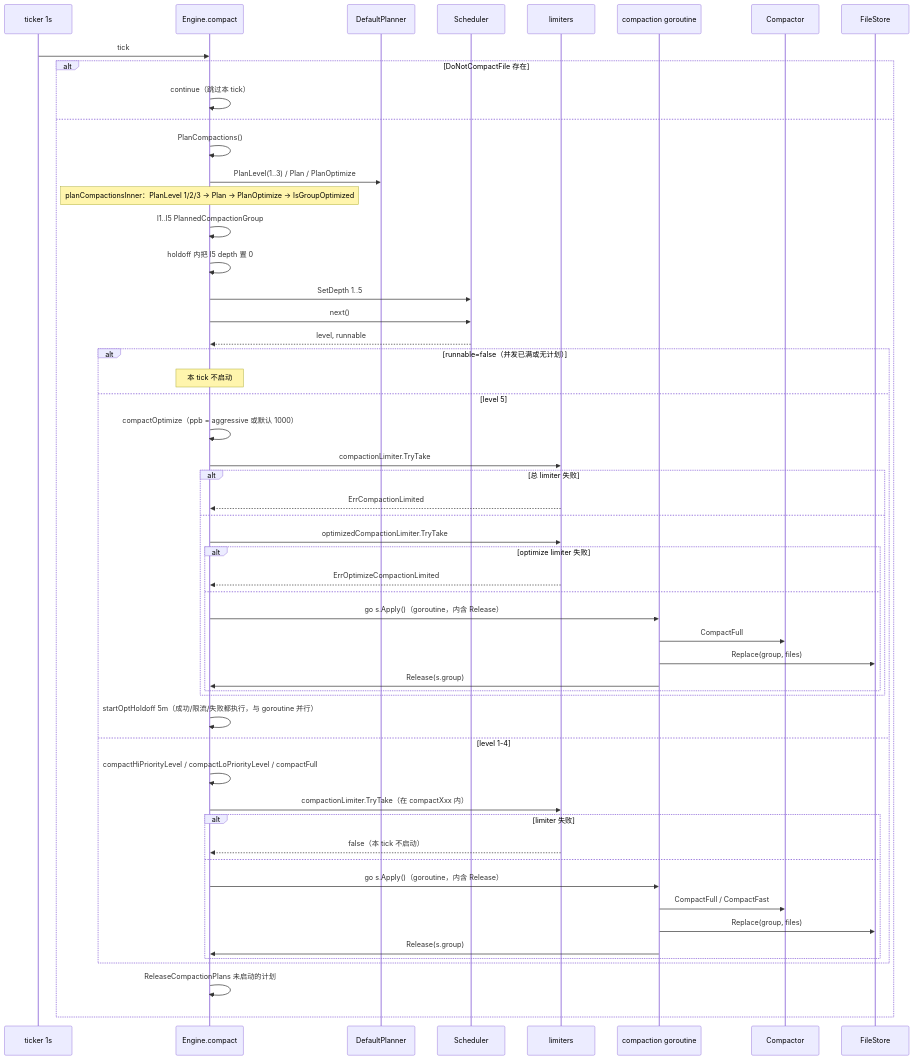
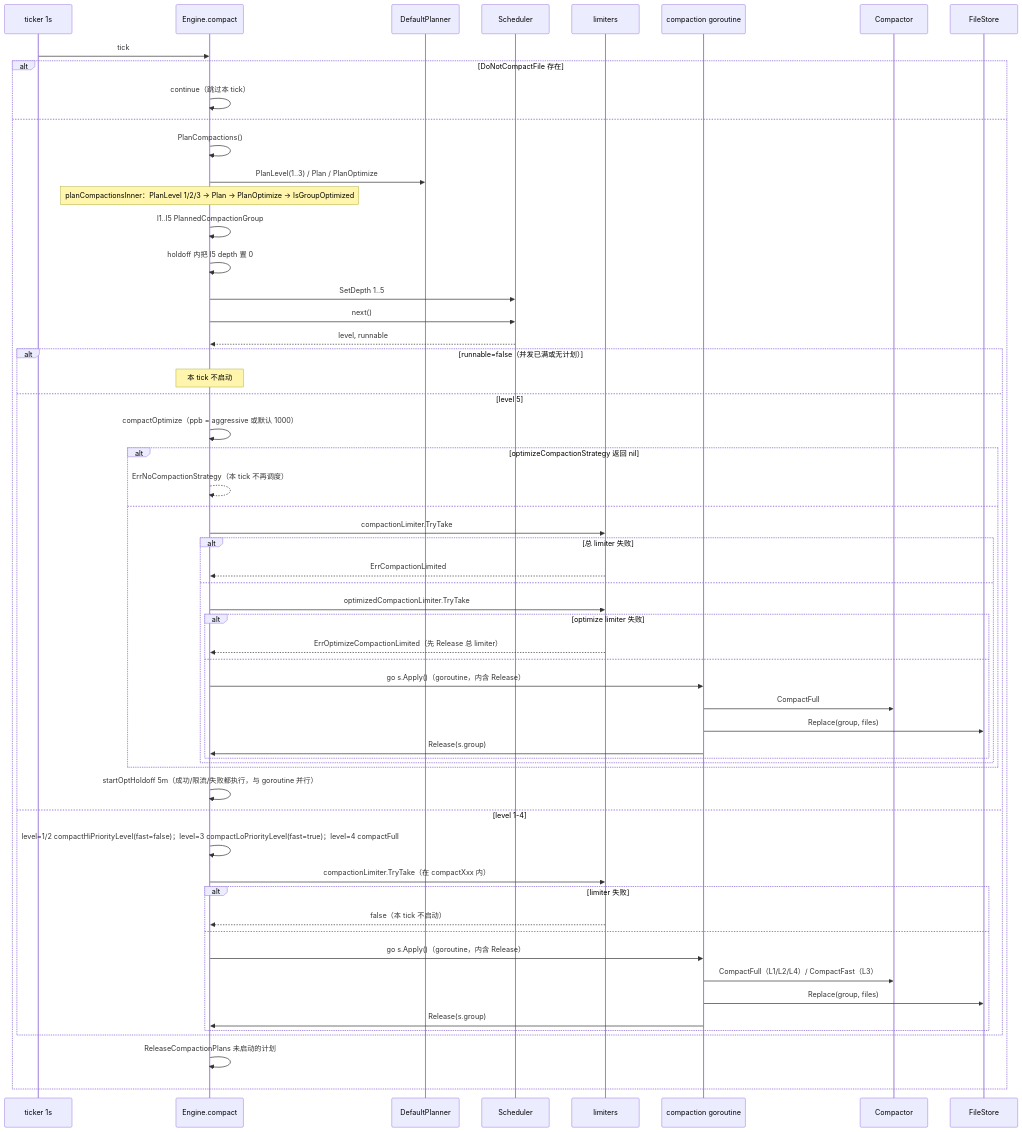
The second of 6 diagrams in docs/specs/v1.8.10-vs-v1.12.3/04_storage_compaction_diff.md (stefanv5/influxdb), drawn with Mermaid before and after one commit. The commit also changed other lines of this file and 11 other files, not shown here.

First line of the commit message:
docs: complete D1-D6 diagram/module/case audit

````diff
--- a/docs/specs/v1.8.10-vs-v1.12.3/04_storage_compaction_diff.md
+++ b/docs/specs/v1.8.10-vs-v1.12.3/04_storage_compaction_diff.md
@@ -95,57 +109,61 @@
 ```mermaid
 sequenceDiagram
     participant T as ticker 1s
     participant E as Engine.compact
     participant P as DefaultPlanner
     participant S as Scheduler
     participant L as limiters
     participant G as compaction goroutine
     participant C as Compactor
     participant FS as FileStore
 
     T->>E: tick
     alt DoNotCompactFile 存在
         E->>E: continue（跳过本 tick）
     else
         E->>E: PlanCompactions()
         E->>P: PlanLevel(1..3) / Plan / PlanOptimize
         Note over E: planCompactionsInner：PlanLevel 1/2/3 → Plan → PlanOptimize → IsGroupOptimized
         E->>E: l1..l5 PlannedCompactionGroup
         E->>E: holdoff 内把 l5 depth 置 0
         E->>S: SetDepth 1..5
         E->>S: next()
         S-->>E: level, runnable
         alt runnable=false（并发已满或无计划）
             Note over E: 本 tick 不启动
         else level 5
             E->>E: compactOptimize（ppb = aggressive 或默认 1000）
-            E->>L: compactionLimiter.TryTake
-            alt 总 limiter 失败
-                L-->>E: ErrCompactionLimited
+            alt optimizeCompactionStrategy 返回 nil
+                E-->>E: ErrNoCompactionStrategy（本 tick 不再调度）
             else
-                E->>L: optimizedCompactionLimiter.TryTake
-                alt optimize limiter 失败
-                    L-->>E: ErrOptimizeCompactionLimited
+                E->>L: compactionLimiter.TryTake
+                alt 总 limiter 失败
+                    L-->>E: ErrCompactionLimited
                 else
-                    E->>G: go s.Apply()（goroutine，内含 Release）
-                    G->>C: CompactFull
-                    G->>FS: Replace(group, files)
-                    G->>E: Release(s.group)
+                    E->>L: optimizedCompactionLimiter.TryTake
+                    alt optimize limiter 失败
+                        L-->>E: ErrOptimizeCompactionLimited（先 Release 总 limiter）
+                    else
+                        E->>G: go s.Apply()（goroutine，内含 Release）
+                        G->>C: CompactFull
+                        G->>FS: Replace(group, files)
+                        G->>E: Release(s.group)
+                    end
                 end
             end
             E->>E: startOptHoldoff 5m（成功/限流/失败都执行，与 goroutine 并行）
         else level 1-4
-            E->>E: compactHiPriorityLevel / compactLoPriorityLevel / compactFull
+            E->>E: level=1/2 compactHiPriorityLevel(fast=false)；level=3 compactLoPriorityLevel(fast=true)；level=4 compactFull
             E->>L: compactionLimiter.TryTake（在 compactXxx 内）
             alt limiter 失败
                 L-->>E: false（本 tick 不启动）
             else
                 E->>G: go s.Apply()（goroutine，内含 Release）
-                G->>C: CompactFull / CompactFast
+                G->>C: CompactFull（L1/L2/L4）/ CompactFast（L3）
                 G->>FS: Replace(group, files)
                 G->>E: Release(s.group)
             end
         end
         E->>E: ReleaseCompactionPlans 未启动的计划
     end
 ```
````
